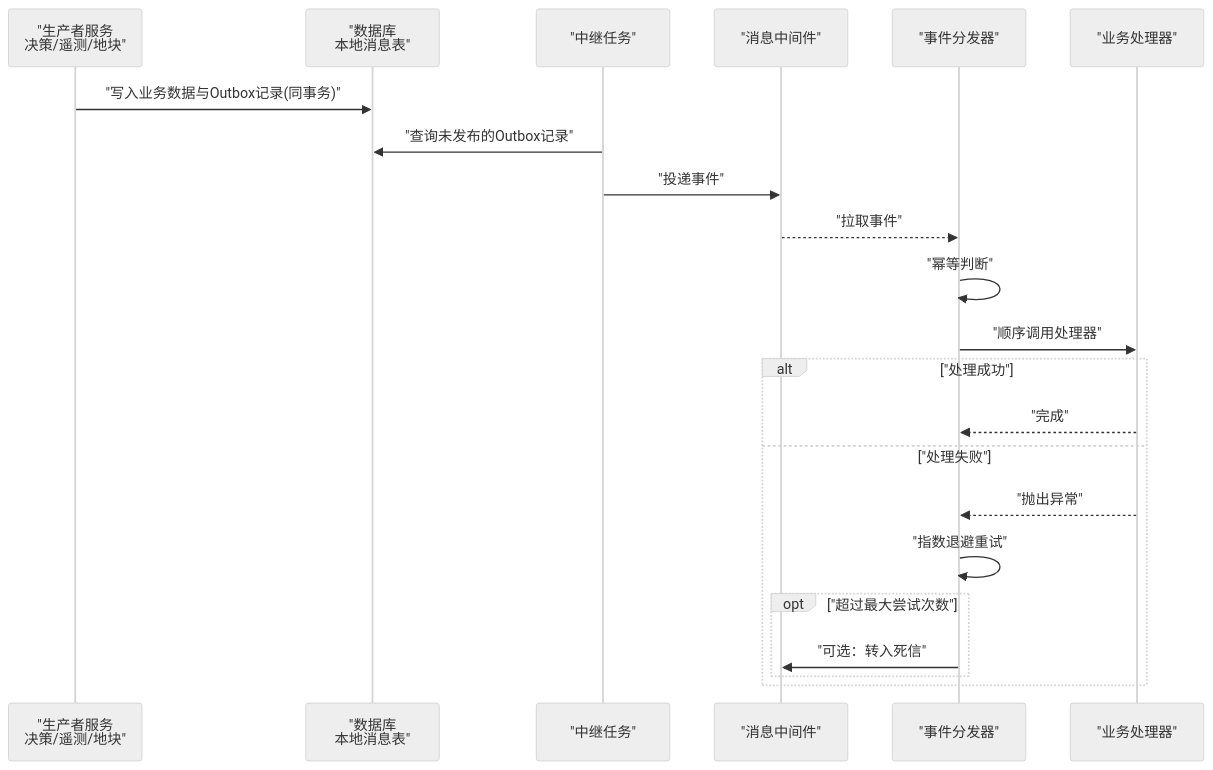
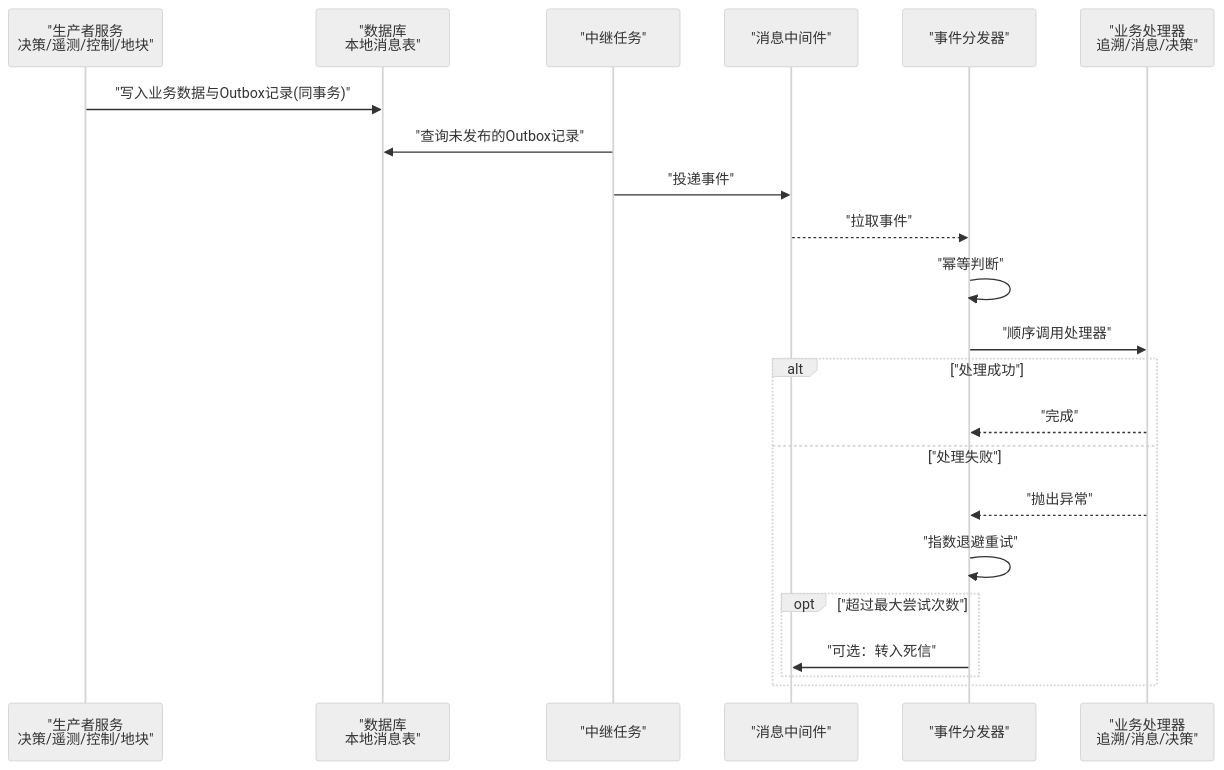
One commit to q446328246/agri-platform changed the second of 20 diagrams in .qoder/repowiki/zh/content/架构设计/事件驱动架构/事件驱动架构.md. Above: the diagram before and after it, drawn with Mermaid (neutral theme). The commit also changed other lines of this file and 35 other files, not shown here.

````diff
--- a/.qoder/repowiki/zh/content/架构设计/事件驱动架构/事件驱动架构.md
+++ b/.qoder/repowiki/zh/content/架构设计/事件驱动架构/事件驱动架构.md
@@ -121,24 +151,24 @@
 ```mermaid
 sequenceDiagram
-participant Producer as "生产者服务<br/>决策/遥测/地块"
+participant Producer as "生产者服务<br/>决策/遥测/控制/地块"
 participant DB as "数据库<br/>本地消息表"
 participant Relay as "中继任务"
 participant Broker as "消息中间件"
 participant Dispatcher as "事件分发器"
-participant Consumer as "业务处理器"
+participant Consumers as "业务处理器<br/>追溯/消息/决策"
 Producer->>DB : "写入业务数据与Outbox记录(同事务)"
 Relay->>DB : "查询未发布的Outbox记录"
 Relay->>Broker : "投递事件"
 Broker-->>Dispatcher : "拉取事件"
 Dispatcher->>Dispatcher : "幂等判断"
-Dispatcher->>Consumer : "顺序调用处理器"
+Dispatcher->>Consumers : "顺序调用处理器"
 alt "处理成功"
-Consumer-->>Dispatcher : "完成"
+Consumers-->>Dispatcher : "完成"
 else "处理失败"
-Consumer-->>Dispatcher : "抛出异常"
+Consumers-->>Dispatcher : "抛出异常"
 Dispatcher->>Dispatcher : "指数退避重试"
 opt "超过最大尝试次数"
 Dispatcher->>Broker : "可选：转入死信"
 end
 end
 ```
````
